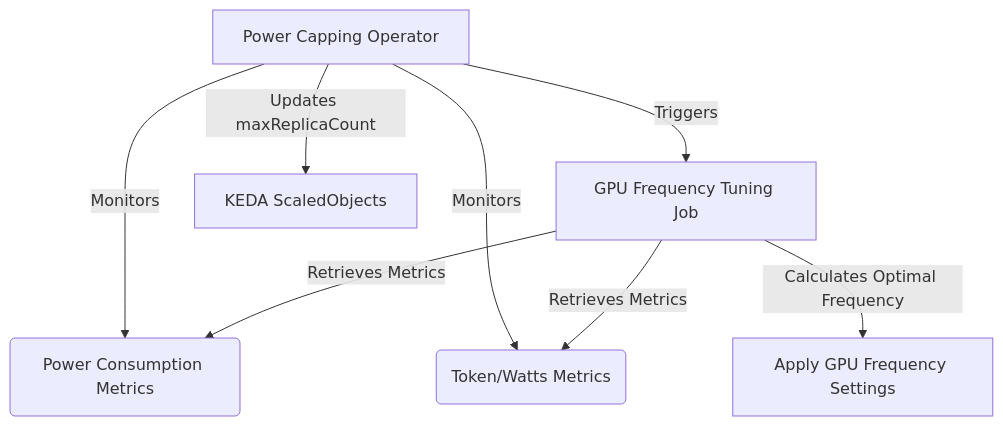
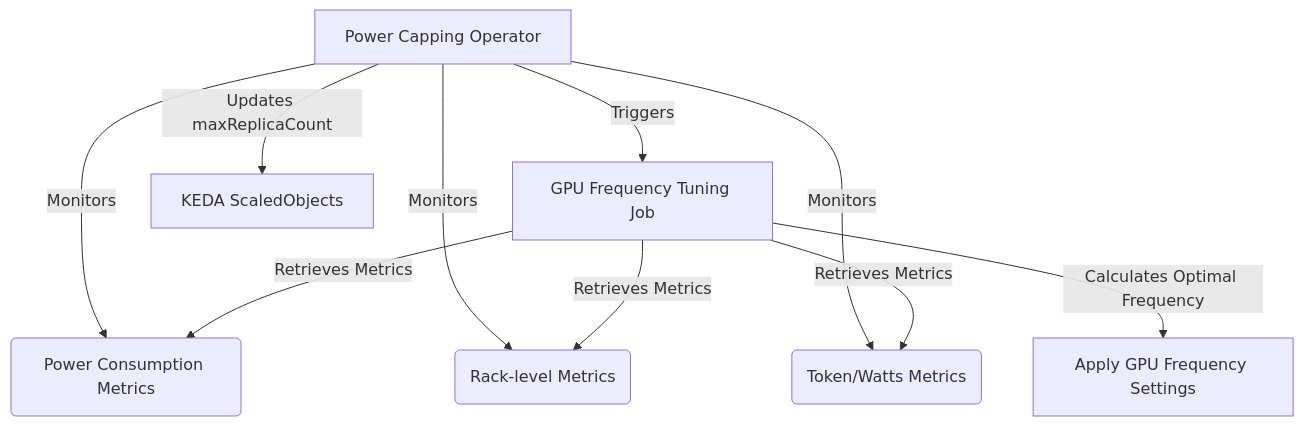
The eighth of 11 diagrams in README.md (Climatik-Project/Climatik-Project), drawn with Mermaid before and after one commit. The commit also changed other lines of this file, not shown here.

Commit message:
update readme with rack aware algorithms

````diff
--- a/README.md
+++ b/README.md
@@ -655,10 +811,12 @@
 ```mermaid
 graph TD
 A[Power Capping Operator] -->|Monitors| B(Power Consumption Metrics)
-A -->|Monitors| C(Token/Watts Metrics)
-A -->|Triggers| D[GPU Frequency Tuning Job]
-D -->|Retrieves Metrics| B
-D -->|Retrieves Metrics| C
-D -->|Calculates Optimal Frequency| E[Apply GPU Frequency Settings]
+A -->|Monitors| C(Rack-level Metrics)
+A -->|Monitors| D(Token/Watts Metrics)
+A -->|Triggers| E[GPU Frequency Tuning Job]
+E -->|Retrieves Metrics| B
+E -->|Retrieves Metrics| C
+E -->|Retrieves Metrics| D
+E -->|Calculates Optimal Frequency| F[Apply GPU Frequency Settings]
 A -->|Updates maxReplicaCount| G[KEDA ScaledObjects]
 ```
````
